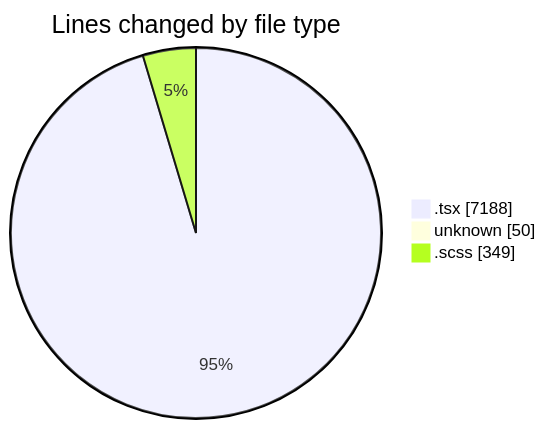
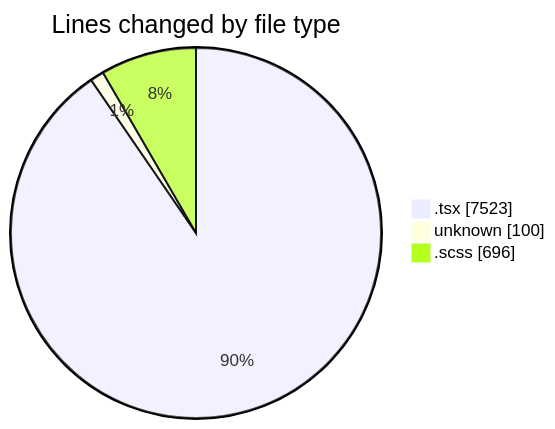
One commit to momahboobian/code-tracking changed the first of 2 diagrams in 2025-12-05/cda/README.md. Above: the diagram before and after it, drawn with Mermaid. The commit also changed other lines of this file and 1 other file, not shown here.

````diff
--- a/2025-12-05/cda/README.md
+++ b/2025-12-05/cda/README.md
@@ -34,7 +34,7 @@
 ```mermaid
 pie showData
 title Lines changed by file type
-".tsx" : 7188
-"unknown" : 50
-".scss" : 349
+".tsx" : 7523
+"unknown" : 100
+".scss" : 696
 ```
````
